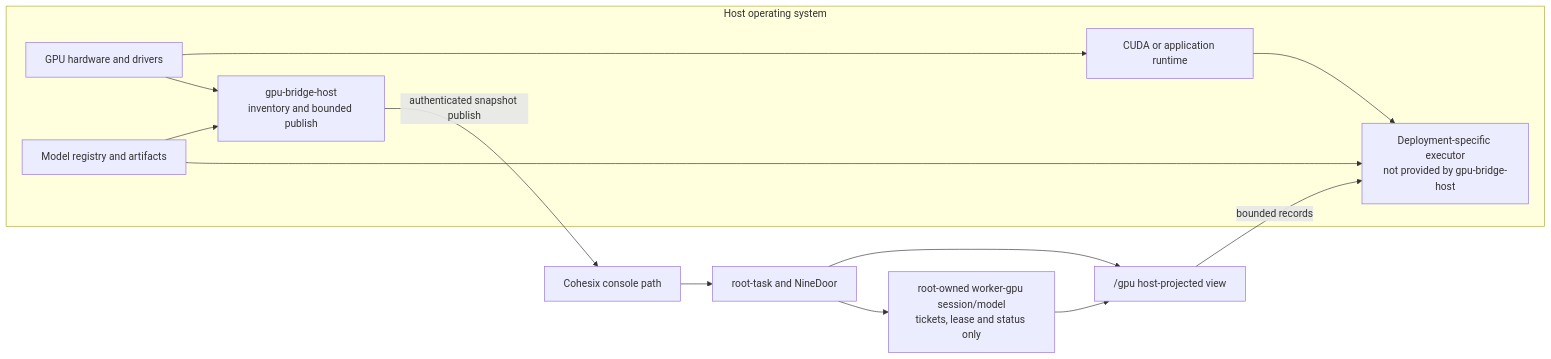
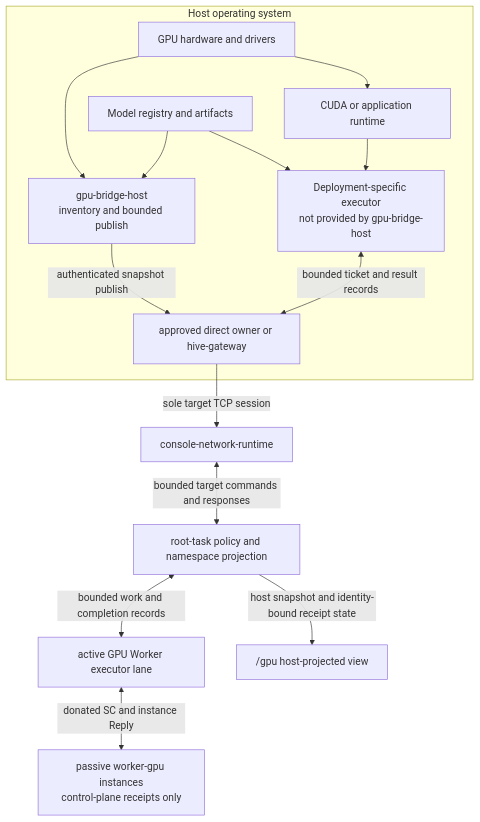
One commit to lukeb-aidev/cohesix changed the diagram in docs/GPU_NODES.md. Above: the diagram before and after it, drawn with Mermaid. The commit also changed 7 other files, not shown here.

Commit message:
docs: align Mermaid diagrams with M26e

````diff
--- a/docs/GPU_NODES.md
+++ b/docs/GPU_NODES.md
@@ -26,22 +26,24 @@
 ```mermaid
-flowchart LR
+flowchart TB
   subgraph Host["Host operating system"]
     Hardware["GPU hardware and drivers"]
     Runtime["CUDA or application runtime"]
     Registry["Model registry and artifacts"]
     Bridge["gpu-bridge-host\ninventory and bounded publish"]
     Executor["Deployment-specific executor\nnot provided by gpu-bridge-host"]
+    HostPath["approved direct owner or hive-gateway"]
     Hardware --> Runtime
     Hardware --> Bridge
     Registry --> Bridge
     Registry --> Executor
     Runtime --> Executor
+    Bridge -->|"authenticated snapshot publish"| HostPath
+    Executor <-->|"bounded ticket and result records"| HostPath
   end
 
-  Bridge -->|"authenticated snapshot publish"| Console["Cohesix console path"]
-  Console --> Root["root-task and NineDoor"]
-  Root --> GpuView["/gpu host-projected view"]
-  Root --> WorkerModel["root-owned worker-gpu session/model\ntickets, lease and status only"]
-  WorkerModel --> GpuView
-  GpuView -->|"bounded records"| Executor
+  HostPath -->|"sole target TCP session"| Console["console-network-runtime"]
+  Console <-->|"bounded target commands and responses"| Root["root-task policy and namespace projection"]
+  Root <-->|"bounded work and completion records"| GpuLane["active GPU Worker executor lane"]
+  GpuLane <-->|"donated SC and instance Reply"| WorkerTasks["passive worker-gpu instances\ncontrol-plane receipts only"]
+  Root -->|"host snapshot and identity-bound receipt state"| GpuView["/gpu host-projected view"]
 ```
````
